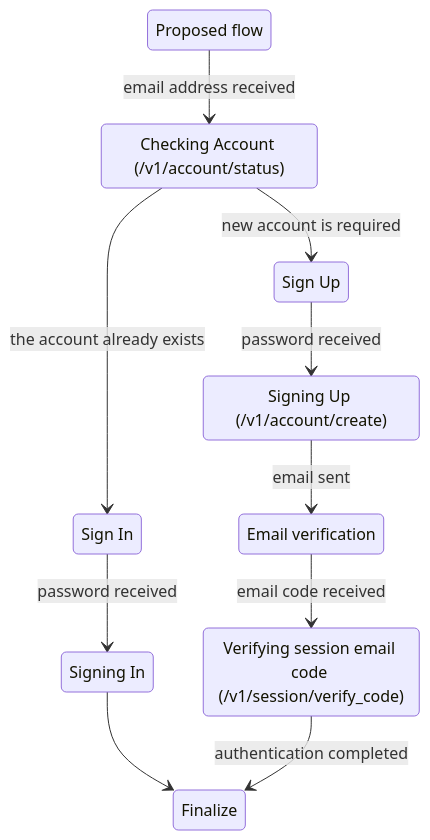
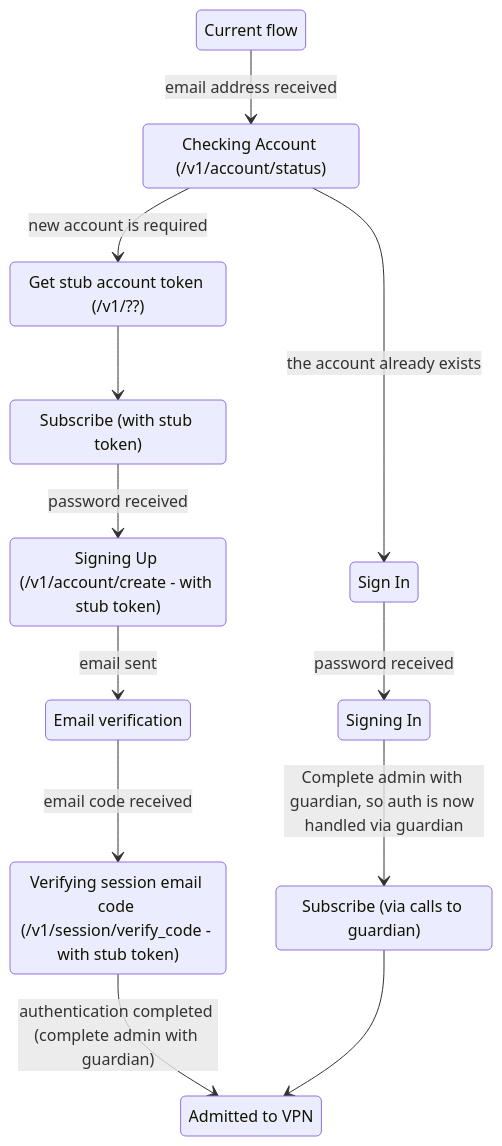
One commit to mozilla-mobile/mozilla-vpn-client changed the second of 2 diagrams in docs/authentication-in-app.md. Above: the diagram before and after it, drawn with Mermaid. The commit also changed other lines of this file, not shown here.

````diff
--- a/docs/authentication-in-app.md
+++ b/docs/authentication-in-app.md
@@ -28,22 +30,26 @@
 ```mermaid
 stateDiagram-v2
-  Start: Proposed flow
+  Start: Current flow
   CheckingAccount: Checking Account (/v1/account/status)
   SignIn: Sign In
-  SignUp: Sign Up
+  StubAccount: Get stub account token (/v1/??)
   SigningIn: Signing In
-  SigningUp: Signing Up (/v1/account/create)
+  SigningUp: Signing Up (/v1/account/create - with stub token)
   EmailVerification: Email verification
-  VerifyingSessionEmailCode: Verifying session email code (/v1/session/verify_code)
+  VerifyingSessionEmailCode: Verifying session email code (/v1/session/verify_code - with stub token)
+  Subscribe: Subscribe (via calls to guardian) 
+  SubscribeStub: Subscribe (with stub token)
+  Admitted: Admitted to VPN
  
   Start --> CheckingAccount: email address received
   CheckingAccount --> SignIn: the account already exists
-  CheckingAccount --> SignUp: new account is required
+  CheckingAccount --> StubAccount: new account is required
+  StubAccount --> SubscribeStub
+  SubscribeStub --> SigningUp: password received
   SignIn --> SigningIn: password received
-  SigningIn --> Finalize
-  SignUp --> SigningUp: password received
   SigningUp --> EmailVerification: email sent
   EmailVerification --> VerifyingSessionEmailCode: email code received
-  VerifyingSessionEmailCode --> Finalize: authentication completed
-  Finalize
+  VerifyingSessionEmailCode --> Admitted: authentication completed (complete admin with guardian)
+  SigningIn --> Subscribe: Complete admin with guardian, so auth is now handled via guardian
+  Subscribe --> Admitted
 ```
````
